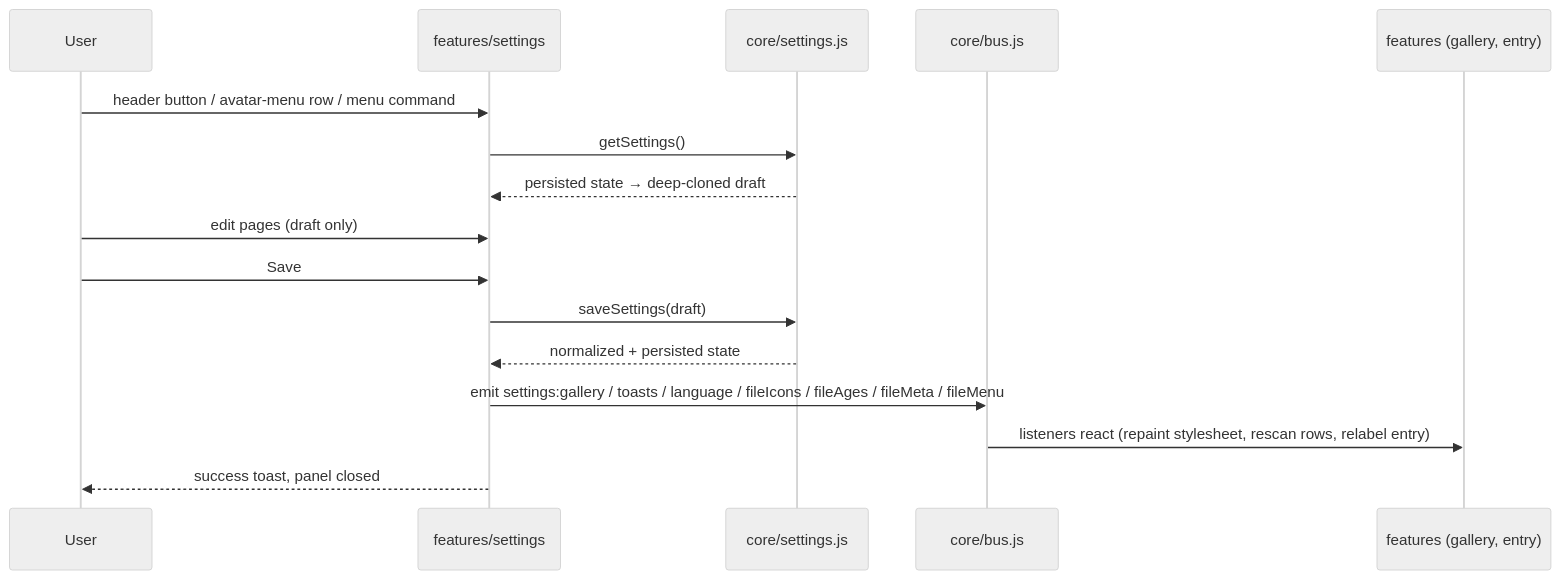
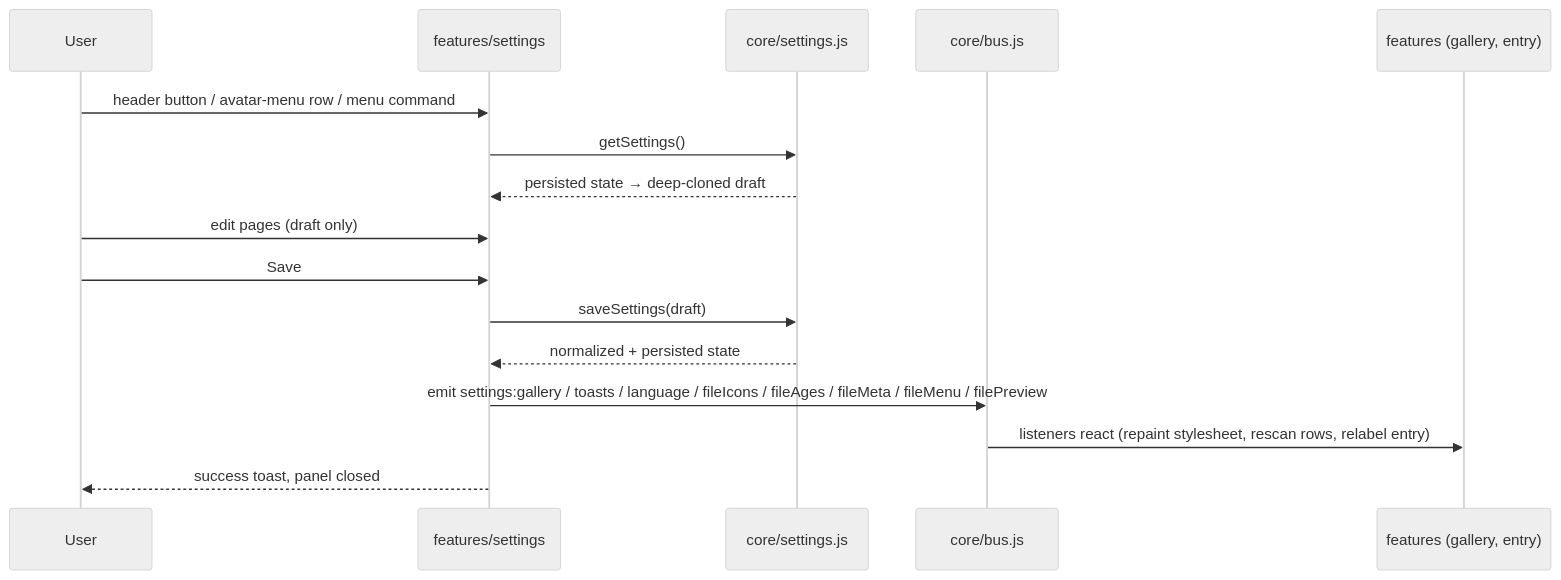
The third of 3 diagrams in docs/ARCHITECTURE.md (NemoKing1210/github-plus), drawn with Mermaid (neutral theme) before and after one commit. The commit also changed other lines of this file and 18 other files, not shown here.

````diff
--- a/docs/ARCHITECTURE.md
+++ b/docs/ARCHITECTURE.md
@@ -182,19 +207,19 @@
 ```mermaid
 sequenceDiagram
   participant U as User
   participant P as features/settings
   participant S as core/settings.js
   participant B as core/bus.js
   participant F as features (gallery, entry)
 
   U->>P: header button / avatar-menu row / menu command
   P->>S: getSettings()
   S-->>P: persisted state → deep-cloned draft
   U->>P: edit pages (draft only)
   U->>P: Save
   P->>S: saveSettings(draft)
   S-->>P: normalized + persisted state
-  P->>B: emit settings:gallery / toasts / language / fileIcons / fileAges / fileMeta / fileMenu
+  P->>B: emit settings:gallery / toasts / language / fileIcons / fileAges / fileMeta / fileMenu / filePreview
   B->>F: listeners react (repaint stylesheet, rescan rows, relabel entry)
   P-->>U: success toast, panel closed
 ```
````
